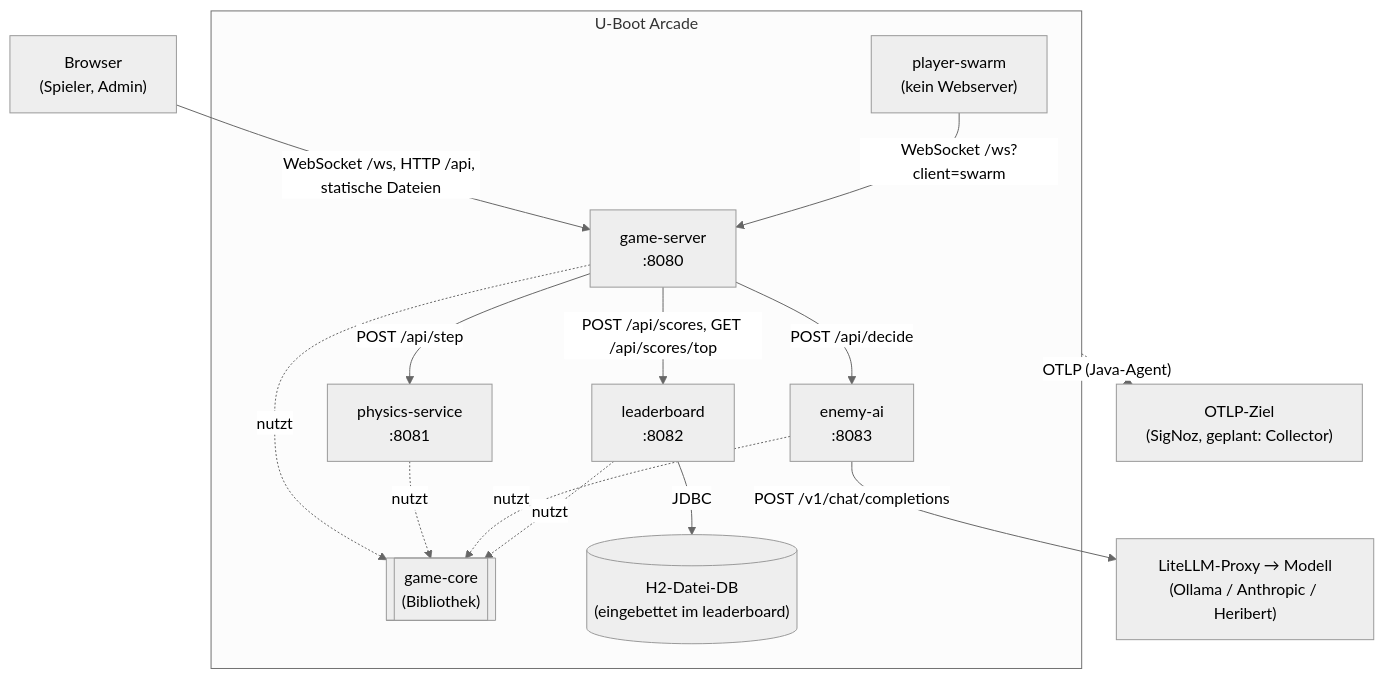
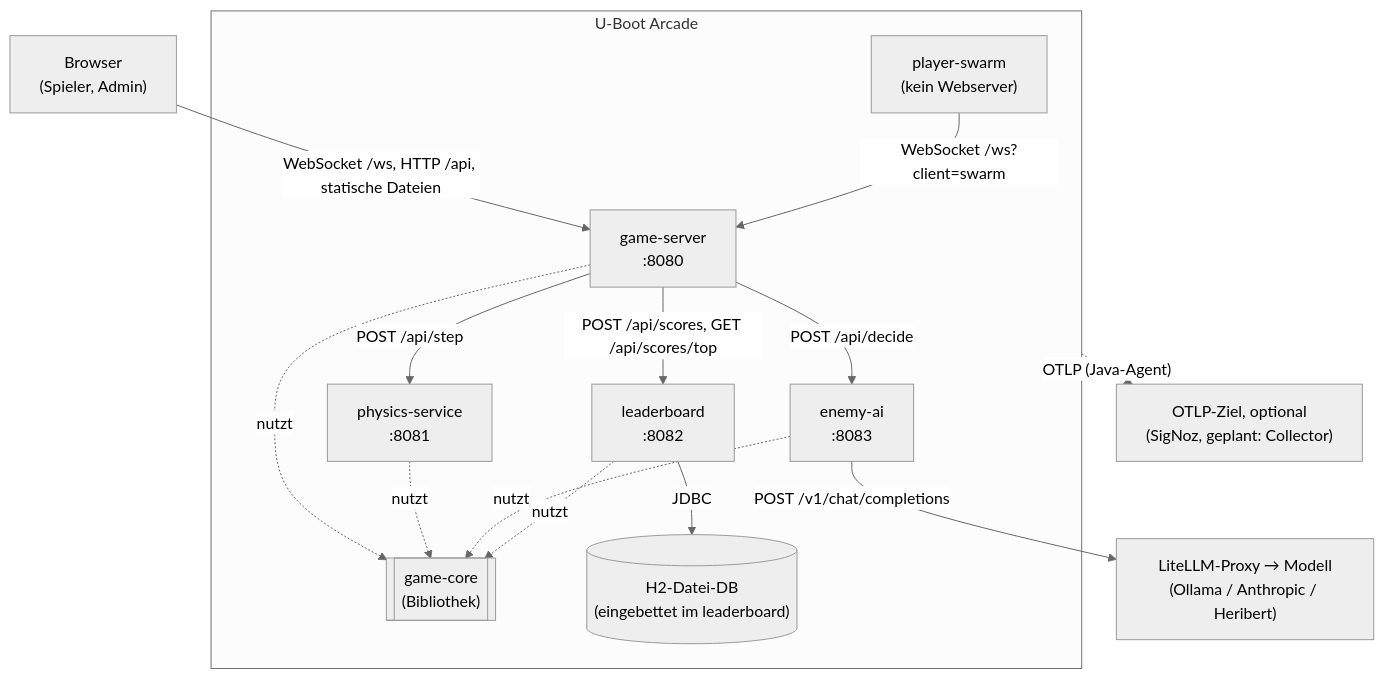
Before and after one commit to c-kaiser/u-boot-arcade: the diagram in arc-doc/05-Bausteinsicht/05-01-Ebene-1.md, drawn with Mermaid (neutral theme). The commit also changed 19 other files, not shown here.

````diff
--- a/arc-doc/05-Bausteinsicht/05-01-Ebene-1.md
+++ b/arc-doc/05-Bausteinsicht/05-01-Ebene-1.md
@@ -9,31 +9,31 @@
 ```mermaid
 flowchart TB
     Browser["Browser<br/>(Spieler, Admin)"]
     LLM["LiteLLM-Proxy → Modell<br/>(Ollama / Anthropic / Heribert)"]
-    OTEL["OTLP-Ziel<br/>(SigNoz, geplant: Collector)"]
+    OTEL["OTLP-Ziel, optional<br/>(SigNoz, geplant: Collector)"]
 
     subgraph System["U-Boot Arcade"]
         GS["game-server<br/>:8080"]
         PH["physics-service<br/>:8081"]
         LB["leaderboard<br/>:8082"]
         AI["enemy-ai<br/>:8083"]
         SW["player-swarm<br/>(kein Webserver)"]
         CORE[["game-core<br/>(Bibliothek)"]]
         DB[("H2-Datei-DB<br/>(eingebettet im leaderboard)")]
     end
 
     Browser -- "WebSocket /ws, HTTP /api, statische Dateien" --> GS
     SW -- "WebSocket /ws?client=swarm" --> GS
     GS -- "POST /api/step" --> PH
     GS -- "POST /api/decide" --> AI
     GS -- "POST /api/scores, GET /api/scores/top" --> LB
     LB -- JDBC --> DB
     AI -- "POST /v1/chat/completions" --> LLM
 
     GS -. nutzt .-> CORE
     PH -. nutzt .-> CORE
     AI -. nutzt .-> CORE
     LB -. nutzt .-> CORE
 
     System -. "OTLP (Java-Agent)" .-> OTEL
 ```
````
